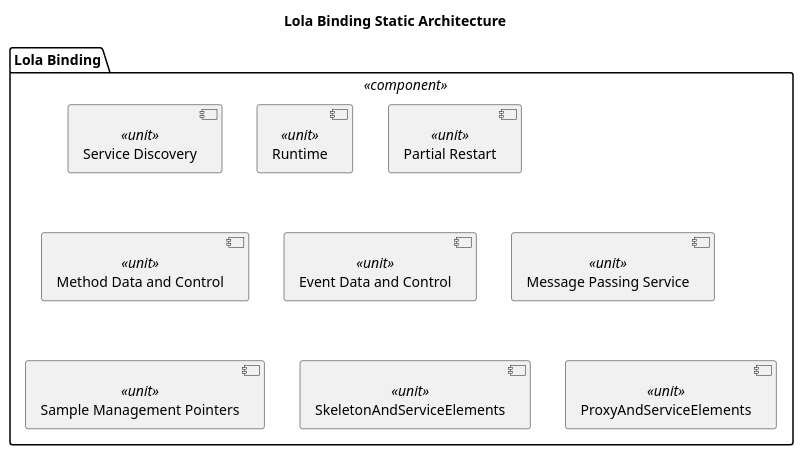
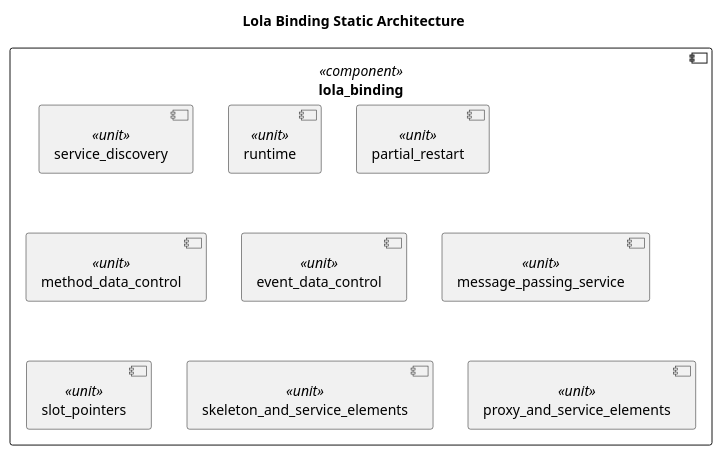
The diagram in score/mw/com/dependability/architectural_design/static_design/lola_binding.puml (eclipse-score/communication), drawn with PlantUML before and after one commit. The commit also changed 20 other files, not shown here.

```diff
--- a/score/mw/com/dependability/architectural_design/static_design/lola_binding.puml
+++ b/score/mw/com/dependability/architectural_design/static_design/lola_binding.puml
@@ -13,18 +13,18 @@
 @startuml safety_sentinel_lola_binding_design
 title "Lola Binding Static Architecture"
 
-package "Lola Binding" as lola_binding <<component>> {
-  component "Service Discovery" as service_discovery <<unit>> 
-  component "Runtime" as runtime <<unit>> 
-  component "Partial Restart" as partial_restart <<unit>>
-  component "Method Data and Control" as method_data_control <<unit>> 
-  component "Event Data and Control" as event_data_control <<unit>> 
-  component "Message Passing Service" as message_passing_service <<unit>> 
-  component "Sample Management Pointers" as slot_pointers <<unit>>
+component lola_binding <<component>> {
+  component service_discovery <<unit>> 
+  component runtime <<unit>> 
+  component partial_restart <<unit>>
+  component method_data_control <<unit>> 
+  component event_data_control <<unit>> 
+  component message_passing_service <<unit>> 
+  component slot_pointers <<unit>>
 
-  component "SkeletonAndServiceElements" as skeleton_and_service_elements <<unit>> 
+  component skeleton_and_service_elements <<unit>> 
   
-  component "ProxyAndServiceElements" as proxy_and_service_elements <<unit>> 
+  component proxy_and_service_elements <<unit>> 
 }
 
 @enduml
```
